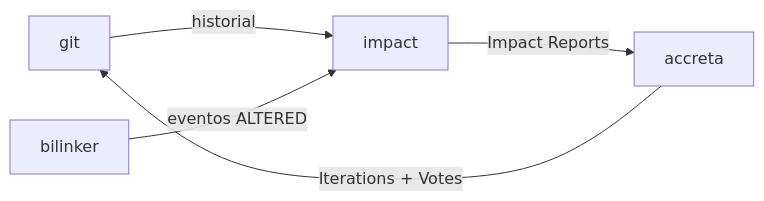
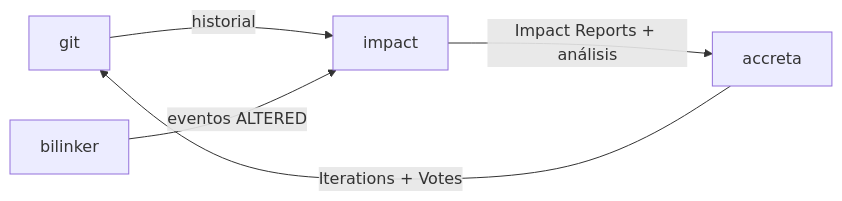
Before and after one commit to anibalanto/accreta: the third of 3 diagrams in subsystems/impact/architecture.md, drawn with Mermaid. The commit also changed other lines of this file and 3 other files, not shown here.

````diff
--- a/subsystems/impact/architecture.md
+++ b/subsystems/impact/architecture.md
@@ -48,7 +70,7 @@
 ```mermaid
 graph LR
     GIT[git] -->|historial| IM[impact]
     BL[bilinker] -->|eventos ALTERED| IM
-    IM -->|Impact Reports| AC[accreta]
+    IM -->|Impact Reports + análisis| AC[accreta]
     AC -->|Iterations + Votes| GIT
 ```
````
